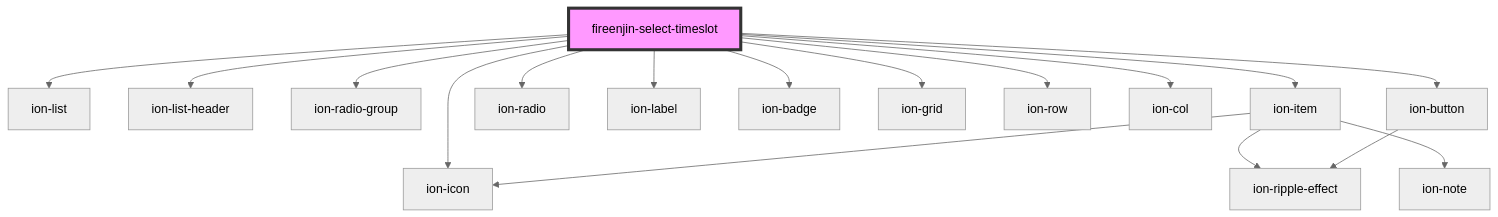
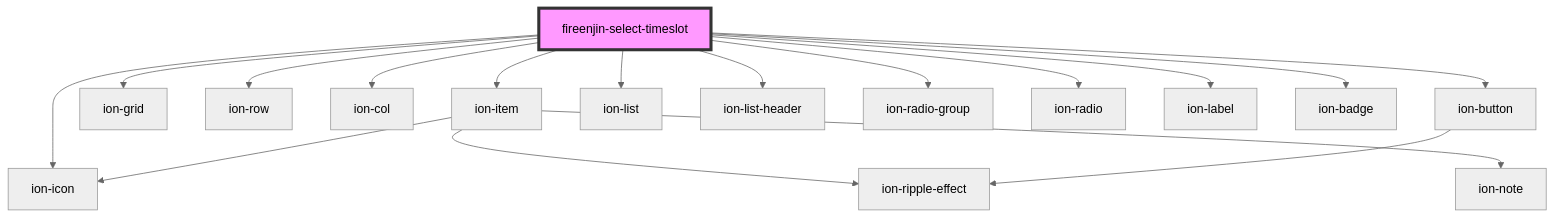
The diagram in src/components/select-timeslot/readme.md (FireEnjin/Components), drawn with Mermaid (neutral theme) before and after one commit. The commit also changed other lines of this file and 4 other files, not shown here.

Commit message:
fix(select-timeslot): Add more options for controls, fix bugs with back button disabling, and add options for return value

````diff
--- a/src/components/select-timeslot/readme.md
+++ b/src/components/select-timeslot/readme.md
@@ -58,20 +60,20 @@
 ```mermaid
 graph TD;
-  fireenjin-select-timeslot --> ion-list
-  fireenjin-select-timeslot --> ion-list-header
-  fireenjin-select-timeslot --> ion-radio-group
   fireenjin-select-timeslot --> ion-item
-  fireenjin-select-timeslot --> ion-radio
-  fireenjin-select-timeslot --> ion-label
-  fireenjin-select-timeslot --> ion-badge
   fireenjin-select-timeslot --> ion-grid
   fireenjin-select-timeslot --> ion-row
   fireenjin-select-timeslot --> ion-col
   fireenjin-select-timeslot --> ion-button
   fireenjin-select-timeslot --> ion-icon
+  fireenjin-select-timeslot --> ion-list
+  fireenjin-select-timeslot --> ion-list-header
+  fireenjin-select-timeslot --> ion-radio-group
+  fireenjin-select-timeslot --> ion-radio
+  fireenjin-select-timeslot --> ion-label
+  fireenjin-select-timeslot --> ion-badge
   ion-item --> ion-icon
   ion-item --> ion-ripple-effect
   ion-item --> ion-note
   ion-button --> ion-ripple-effect
   style fireenjin-select-timeslot fill:#f9f,stroke:#333,stroke-width:4px
 ```
````
